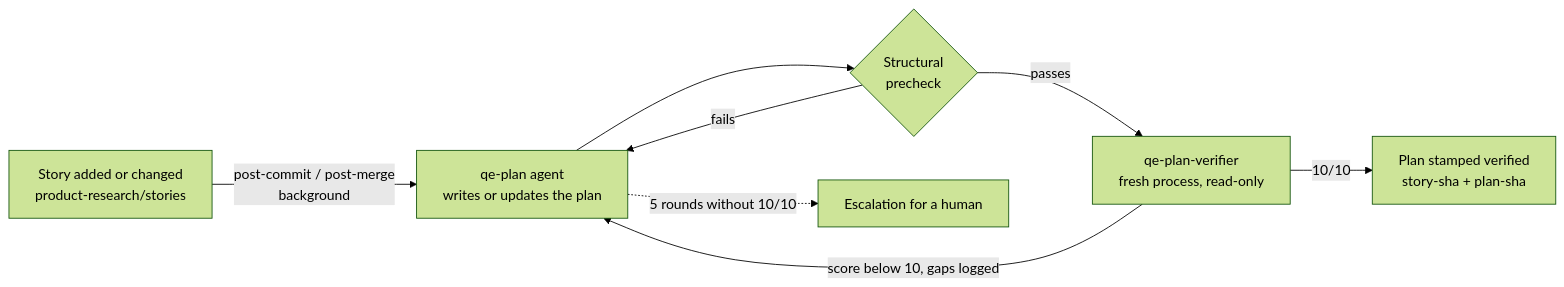
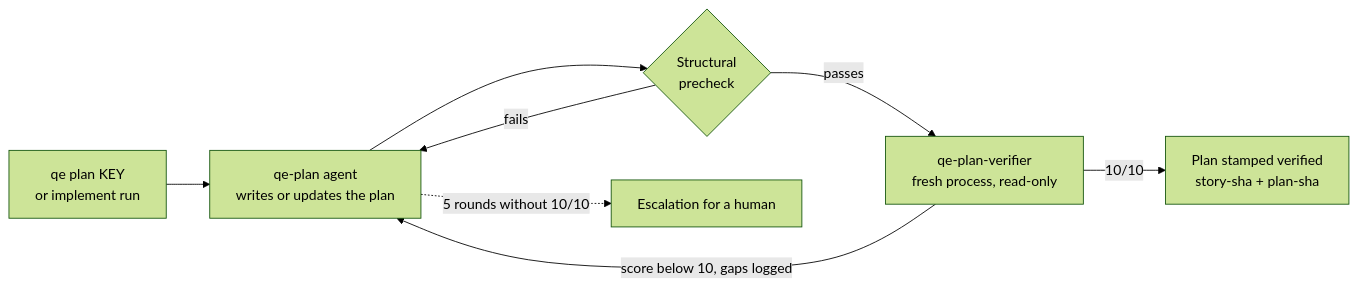
The first of 2 diagrams in docs/ai-pipeline/qe.md (armandodollia-slalom/AI-Immersion-eShop), drawn with Mermaid (forest theme) before and after one commit. The commit also changed other lines of this file and 10 other files, not shown here.

First line of the commit message:
Start agent work only from commands, never from new stories

````diff
--- a/docs/ai-pipeline/qe.md
+++ b/docs/ai-pipeline/qe.md
@@ -9,10 +9,10 @@
 ```mermaid
 flowchart LR
-  S[Story added or changed<br/>product-research/stories] -->|post-commit / post-merge<br/>background| P[qe-plan agent<br/>writes or updates the plan]
+  S[qe plan KEY<br/>or implement run] --> P[qe-plan agent<br/>writes or updates the plan]
   P --> C{Structural<br/>precheck}
   C -->|fails| P
   C -->|passes| V[qe-plan-verifier<br/>fresh process, read-only]
   V -->|score below 10, gaps logged| P
   V -->|10/10| OK[Plan stamped verified<br/>story-sha + plan-sha]
   P -.->|5 rounds without 10/10| E[Escalation for a human]
 ```
````
